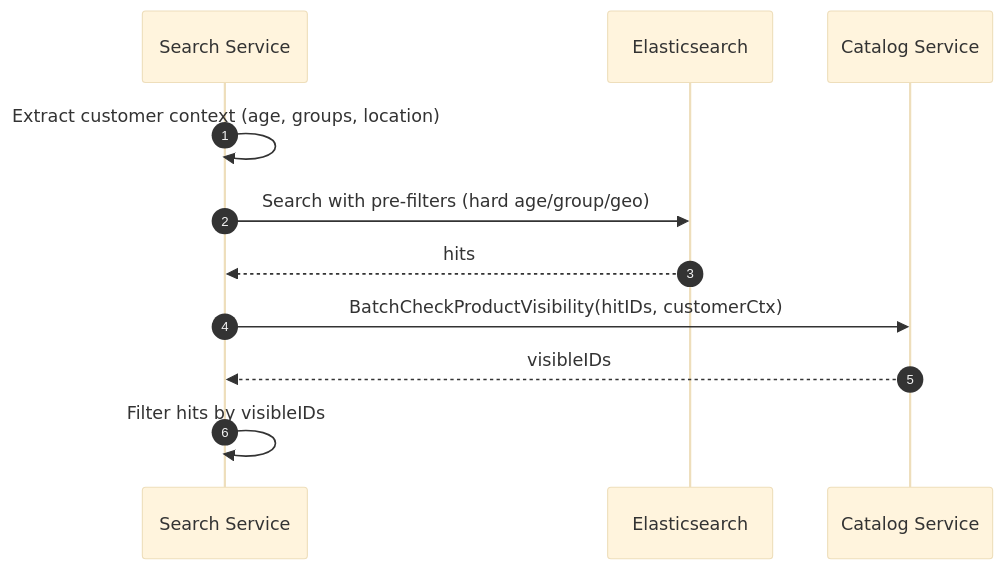
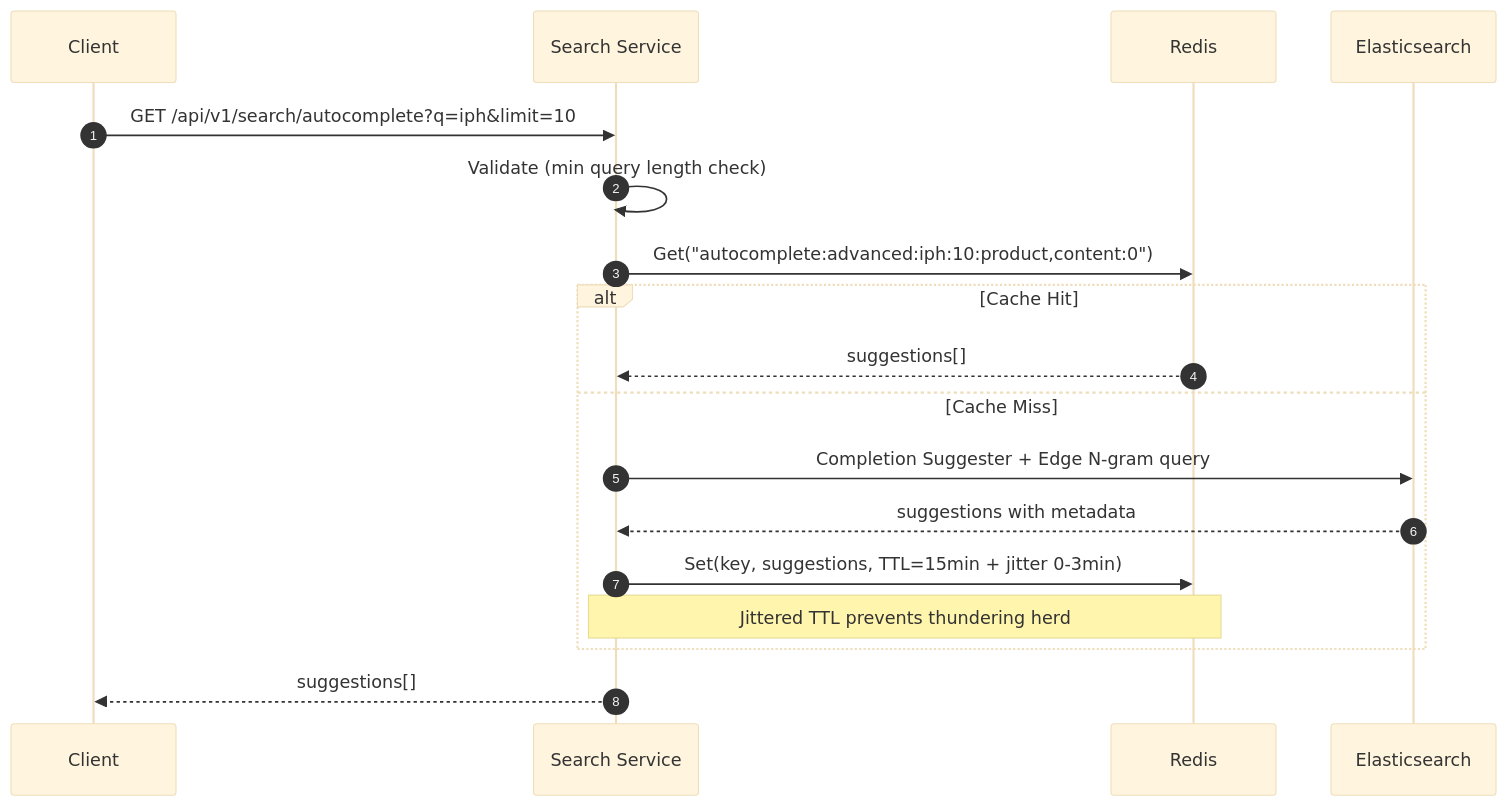
Before and after one commit to vesviet/Composable-Commerce-Service-Architecture: the ninth of 12 diagrams in 02-business-domains/content/search-discovery.md, drawn with Mermaid (base theme). The commit also changed other lines of this file and 9 other files, not shown here.

````diff
--- a/02-business-domains/content/search-discovery.md
+++ b/02-business-domains/content/search-discovery.md
@@ -695,14 +488,21 @@
 ```mermaid
 sequenceDiagram
-  autonumber
-  participant S as Search Service
-  participant ES as Elasticsearch
-  participant CAT as Catalog Service
+    autonumber
+    participant C as Client
+    participant S as Search Service
+    participant R as Redis
+    participant ES as Elasticsearch
 
-  S->>S: Extract customer context (age, groups, location)
-  S->>ES: Search with pre-filters (hard age/group/geo)
-  ES-->>S: hits
-  S->>CAT: BatchCheckProductVisibility(hitIDs, customerCtx)
-  CAT-->>S: visibleIDs
-  S->>S: Filter hits by visibleIDs
+    C->>S: GET /api/v1/search/autocomplete?q=iph&limit=10
+    S->>S: Validate (min query length check)
+    S->>R: Get("autocomplete:advanced:iph:10:product,content:0")
+    alt Cache Hit
+        R-->>S: suggestions[]
+    else Cache Miss
+        S->>ES: Completion Suggester + Edge N-gram query
+        ES-->>S: suggestions with metadata
+        S->>R: Set(key, suggestions, TTL=15min + jitter 0-3min)
+        Note over S,R: Jittered TTL prevents thundering herd
+    end
+    S-->>C: suggestions[]
 ```
````
